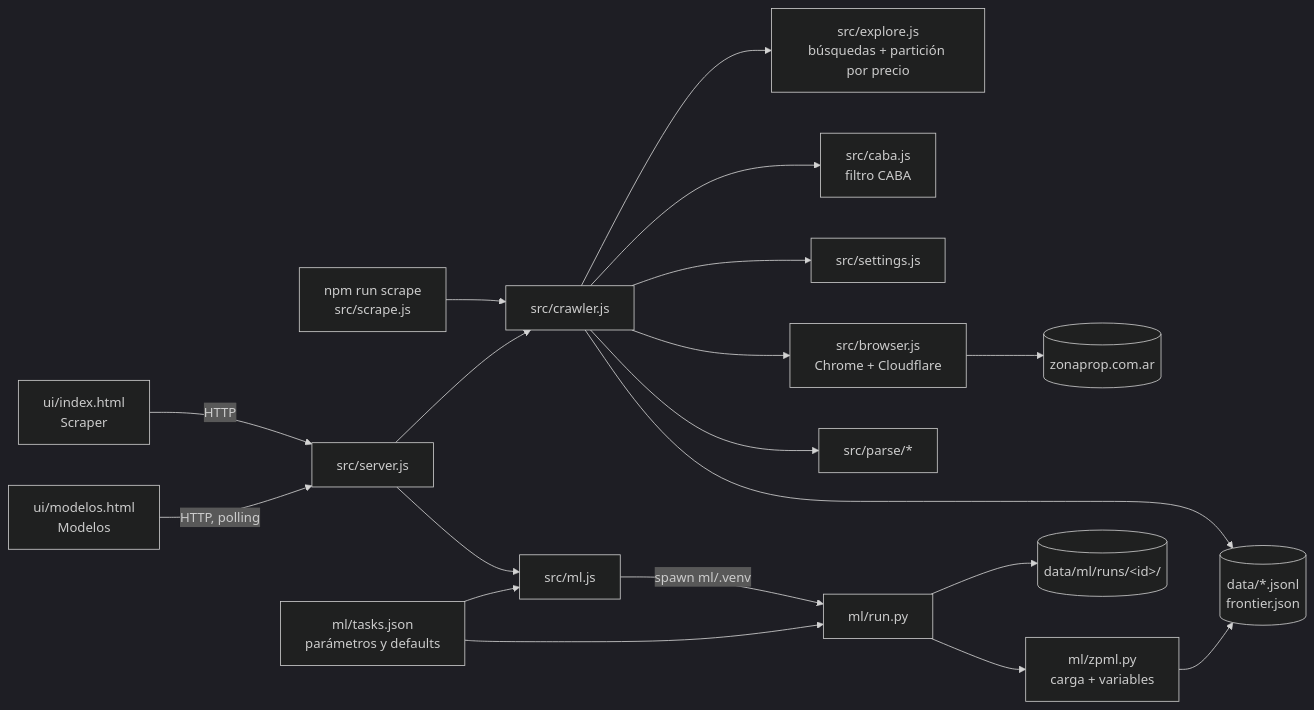
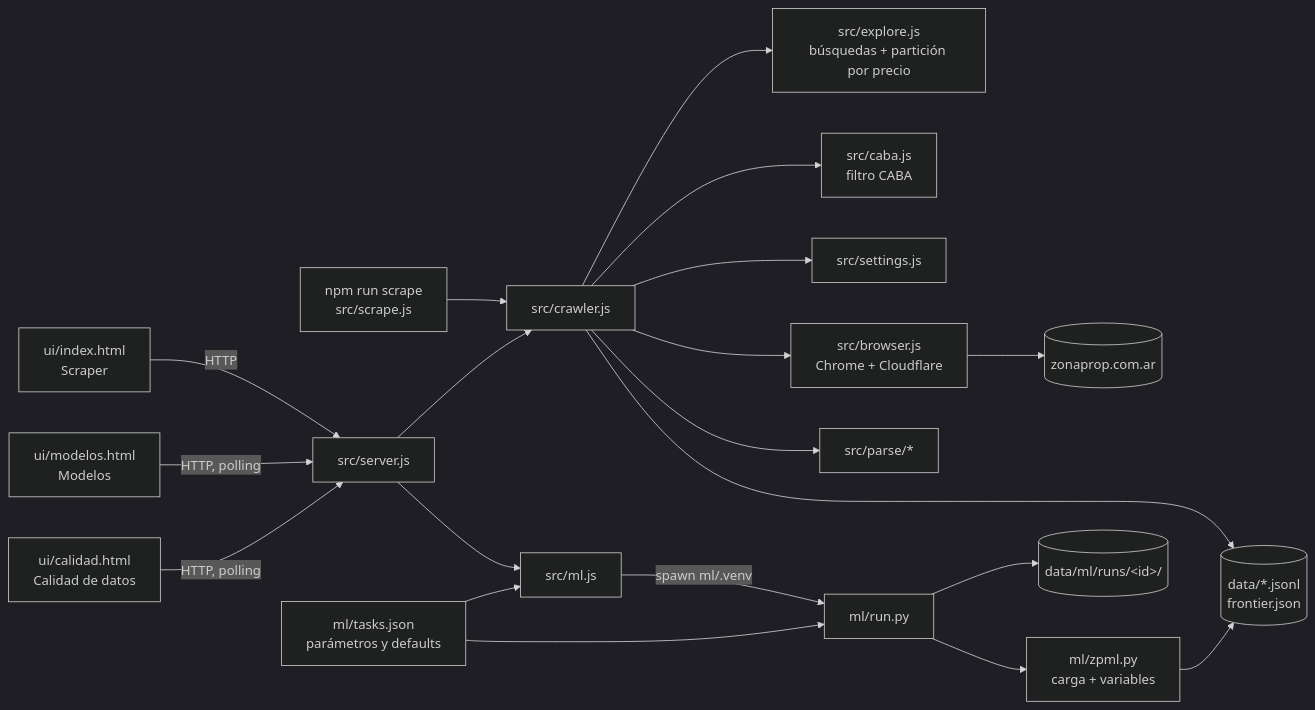
The diagram in README.md (nicohorn/zonaprop-web-scraper), drawn with Mermaid (dark theme) before and after one commit. The commit also changed other lines of this file and 14 other files, not shown here.

First line of the commit message:
calidad: EDA de control de calidad de datos (página /calidad, tarea quality, notebook 00)

````diff
--- a/README.md
+++ b/README.md
@@ -16,17 +19,18 @@
 ```mermaid
 flowchart LR
   UI["ui/index.html<br/>Scraper"] -->|HTTP| S["src/server.js"]
   UM["ui/modelos.html<br/>Modelos"] -->|HTTP, polling| S
+  UQ["ui/calidad.html<br/>Calidad de datos"] -->|HTTP, polling| S
   CLI["npm run scrape<br/>src/scrape.js"] --> C
   S --> C["src/crawler.js"]
   C --> E["src/explore.js<br/>búsquedas + partición por precio"]
   C --> K["src/caba.js<br/>filtro CABA"]
   C --> ST["src/settings.js"]
   C --> B["src/browser.js<br/>Chrome + Cloudflare"] --> ZP[(zonaprop.com.ar)]
   C --> P["src/parse/*"]
   C --> D[("data/*.jsonl<br/>frontier.json")]
   S --> M["src/ml.js"] -->|spawn ml/.venv| R["ml/run.py"]
   R --> Z["ml/zpml.py<br/>carga + variables"] --> D
   R --> O[("data/ml/runs/&lt;id&gt;/")]
   T["ml/tasks.json<br/>parámetros y defaults"] --> M & R
 ```
````
